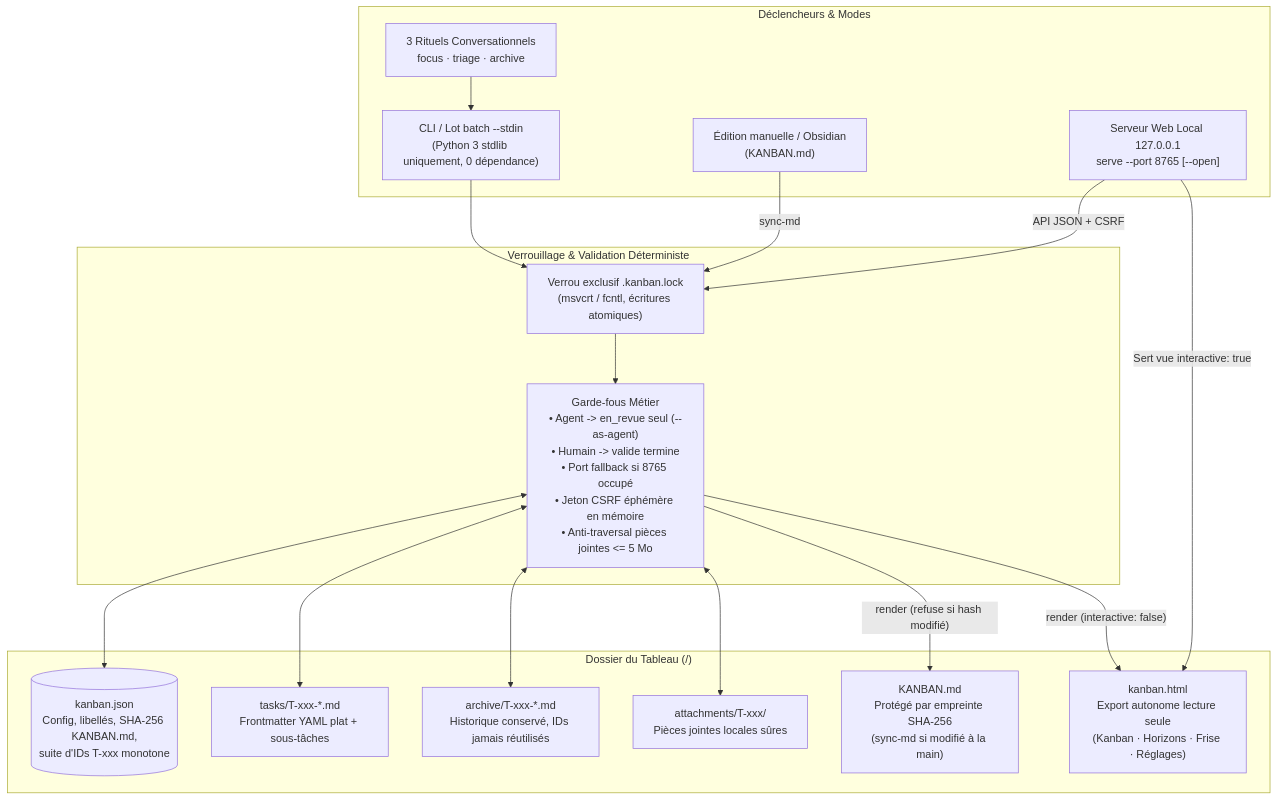
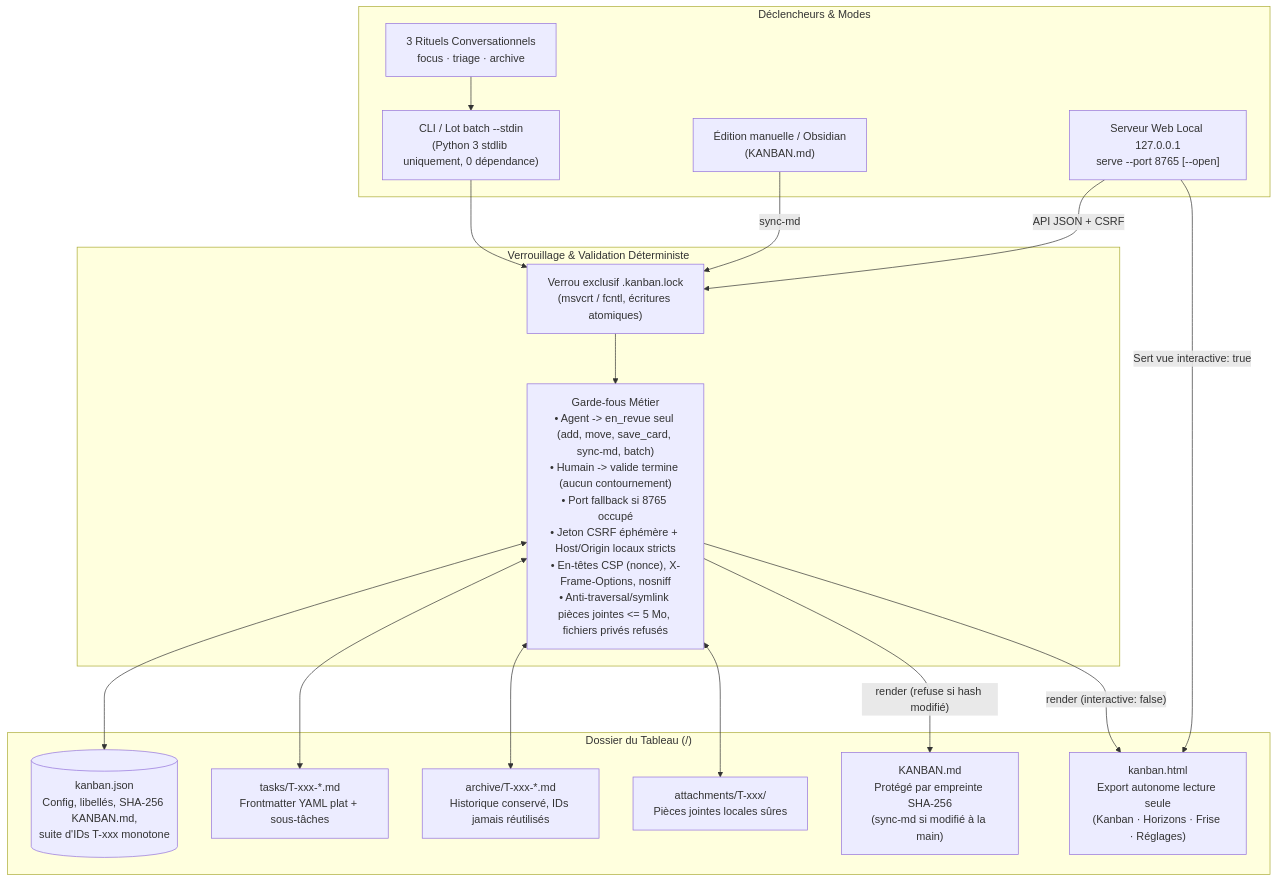
One commit to Melkyzedec/Toolbox changed the first of 3 diagrams in skills/kanban-tasks/references/processus.md. Above: the diagram before and after it, drawn with Mermaid. The commit also changed 16 other files, not shown here.

````diff
--- a/skills/kanban-tasks/references/processus.md
+++ b/skills/kanban-tasks/references/processus.md
@@ -9,36 +9,36 @@
 ```mermaid
 flowchart TB
     subgraph Triggers["Déclencheurs & Modes"]
         CLI["CLI / Lot batch --stdin\n(Python 3 stdlib uniquement, 0 dépendance)"]
         RIT["3 Rituels Conversationnels\nfocus · triage · archive"]
         OBS["Édition manuelle / Obsidian\n(KANBAN.md)"]
         WEB["Serveur Web Local 127.0.0.1\nserve --port 8765 [--open]"]
     end
 
     subgraph Lock["Verrouillage & Validation Déterministe"]
         FLOCK["Verrou exclusif .kanban.lock\n(msvcrt / fcntl, écritures atomiques)"]
-        GATE["Garde-fous Métier\n• Agent -> en_revue seul (--as-agent)\n• Humain -> valide termine\n• Port fallback si 8765 occupé\n• Jeton CSRF éphémère en mémoire\n• Anti-traversal pièces jointes <= 5 Mo"]
+        GATE["Garde-fous Métier\n• Agent -> en_revue seul (add, move, save_card, sync-md, batch)\n• Humain -> valide termine (aucun contournement)\n• Port fallback si 8765 occupé\n• Jeton CSRF éphémère + Host/Origin locaux stricts\n• En-têtes CSP (nonce), X-Frame-Options, nosniff\n• Anti-traversal/symlink pièces jointes <= 5 Mo, fichiers privés refusés"]
     end
 
     subgraph Board["Dossier du Tableau (<dossier-tableau>/)"]
         CFG[("kanban.json\nConfig, libellés, SHA-256 KANBAN.md,\nsuite d'IDs T-xxx monotone")]
         TASKS["tasks/T-xxx-*.md\nFrontmatter YAML plat + sous-tâches"]
         ARCH["archive/T-xxx-*.md\nHistorique conservé, IDs jamais réutilisés"]
         ATT["attachments/T-xxx/\nPièces jointes locales sûres"]
         MD["KANBAN.md\nProtégé par empreinte SHA-256\n(sync-md si modifié à la main)"]
         HTML["kanban.html\nExport autonome lecture seule\n(Kanban · Horizons · Frise · Réglages)"]
     end
 
     CLI --> FLOCK
     RIT --> CLI
     WEB -->|"API JSON + CSRF"| FLOCK
     OBS -->|"sync-md"| FLOCK
     FLOCK --> GATE
     GATE <--> CFG
     GATE <--> TASKS
     GATE <--> ARCH
     GATE <--> ATT
     GATE -->|"render (refuse si hash modifié)"| MD
     GATE -->|"render (interactive: false)"| HTML
     WEB -->|"Sert vue interactive: true"| HTML
 ```
````
